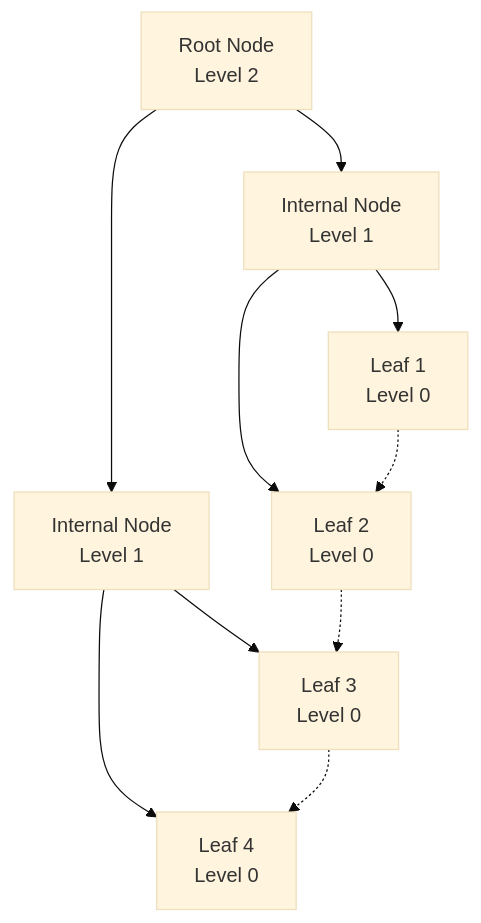
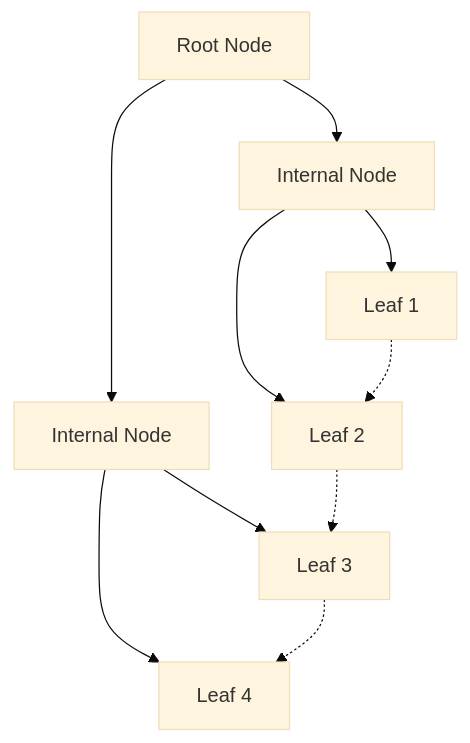
One commit to nexepic/zyx changed the second of 7 diagrams in docs/en/algorithms/btree-indexing.md. Above: the diagram before and after it, drawn with Mermaid (base theme). The commit also changed other lines of this file and 21 other files, not shown here.

First line of the commit message:
fix: resolve Mermaid diagram display issues in VitePress

````diff
--- a/docs/en/algorithms/btree-indexing.md
+++ b/docs/en/algorithms/btree-indexing.md
@@ -52,13 +52,13 @@
 ```mermaid
 graph TD
-    A[Root Node<br/>Level 2] --> B[Internal Node<br/>Level 1]
-    A --> C[Internal Node<br/>Level 1]
-    B --> D[Leaf 1<br/>Level 0]
-    B --> E[Leaf 2<br/>Level 0]
-    C --> F[Leaf 3<br/>Level 0]
-    C --> G[Leaf 4<br/>Level 0]
+    A[Root Node] --> B[Internal Node]
+    A --> C[Internal Node]
+    B --> D[Leaf 1]
+    B --> E[Leaf 2]
+    C --> F[Leaf 3]
+    C --> G[Leaf 4]
 
     D -.-> E
     E -.-> F
     F -.-> G
 ```
````
